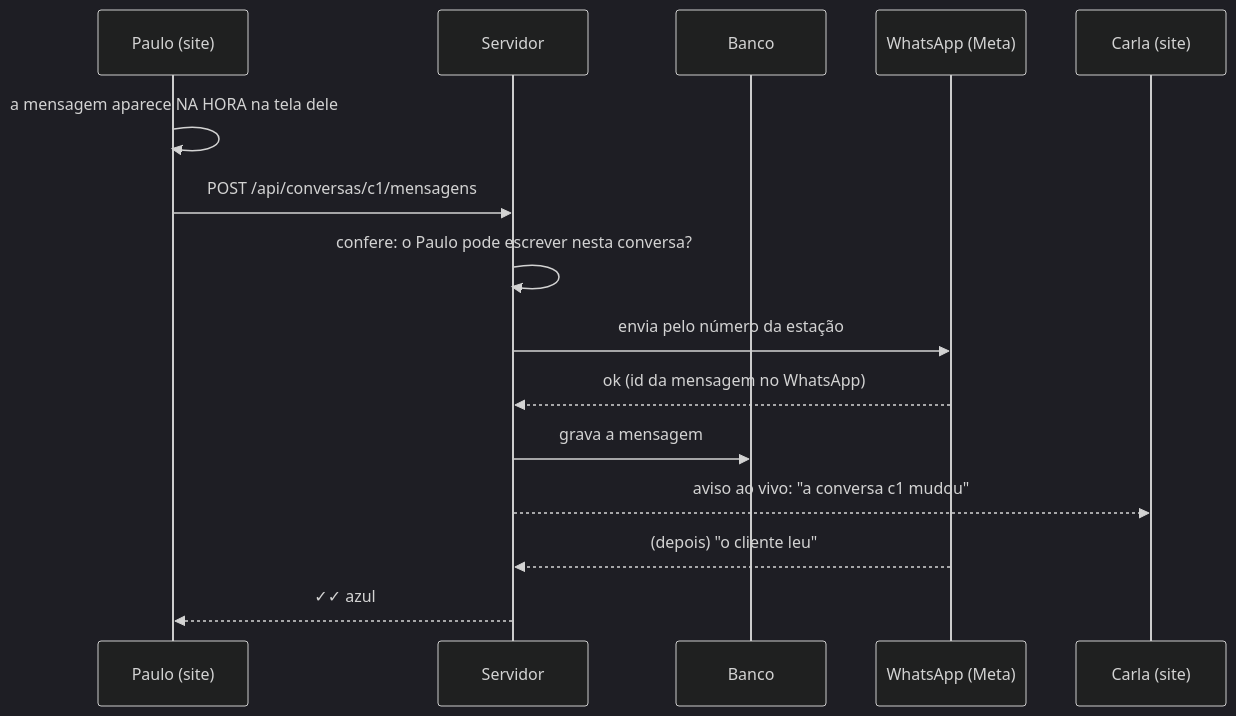
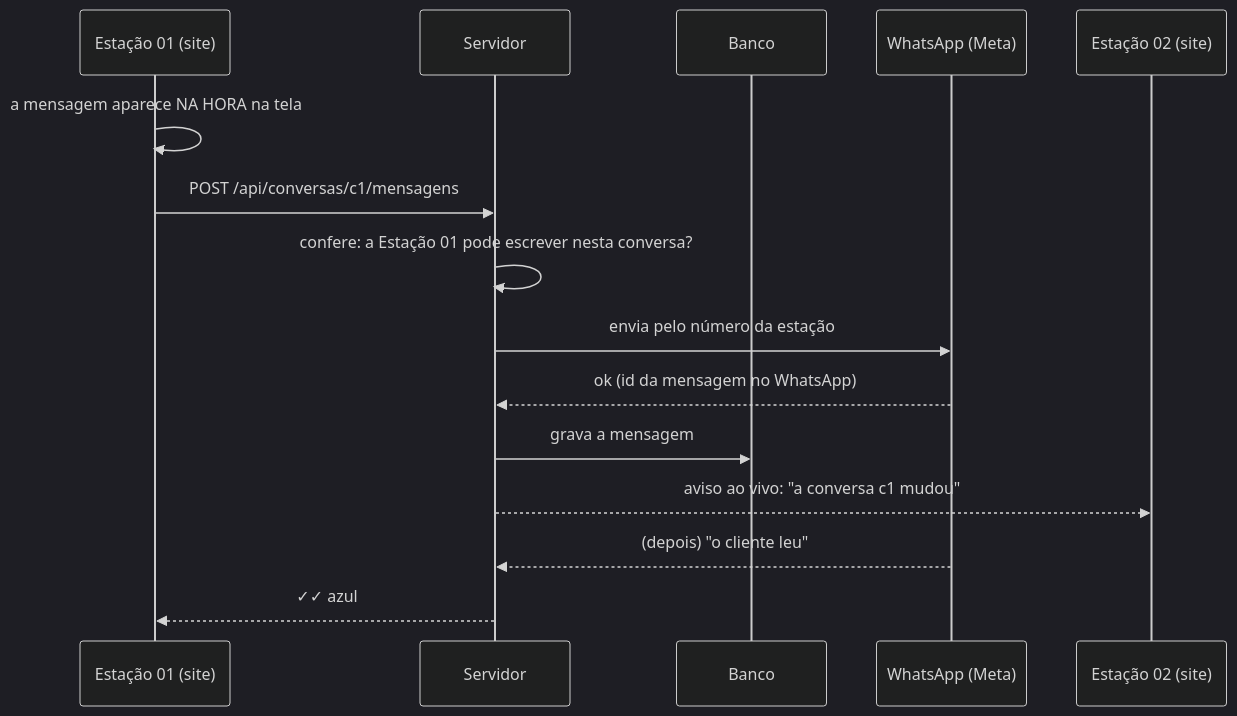
One commit to thepaulojorge/talk-atendimento changed the second of 2 diagrams in README.md. Above: the diagram before and after it, drawn with Mermaid (dark theme). The commit also changed other lines of this file and 14 other files, not shown here.

````diff
--- a/README.md
+++ b/README.md
@@ -153,18 +157,18 @@
 ```mermaid
 sequenceDiagram
-    participant P as Paulo (site)
+    participant P as Estação 01 (site)
     participant S as Servidor
     participant B as Banco
     participant W as WhatsApp (Meta)
-    participant C as Carla (site)
+    participant C as Estação 02 (site)
 
-    P->>P: a mensagem aparece NA HORA na tela dele
+    P->>P: a mensagem aparece NA HORA na tela
     P->>S: POST /api/conversas/c1/mensagens
-    S->>S: confere: o Paulo pode escrever nesta conversa?
+    S->>S: confere: a Estação 01 pode escrever nesta conversa?
     S->>W: envia pelo número da estação
     W-->>S: ok (id da mensagem no WhatsApp)
     S->>B: grava a mensagem
     S-->>C: aviso ao vivo: "a conversa c1 mudou"
     W-->>S: (depois) "o cliente leu"
     S-->>P: ✓✓ azul
 ```
````
